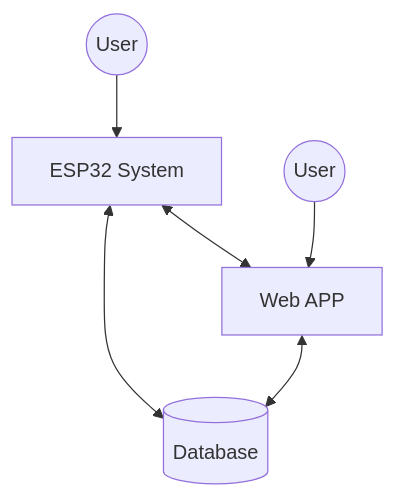
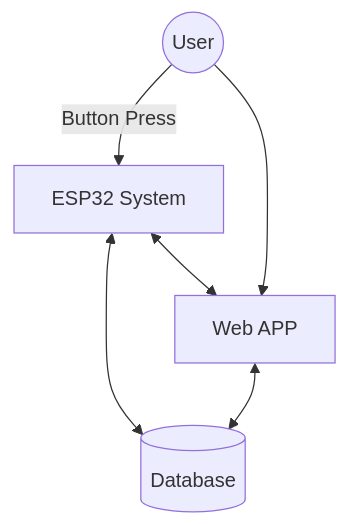
Before and after one commit to BrycesDevices/7855_202610_03: the first of 2 diagrams in README.md, drawn with Mermaid. The commit also changed other lines of this file, not shown here.

Commit message:
Updated Charts

````diff
--- a/README.md
+++ b/README.md
@@ -19,9 +19,10 @@
 ```mermaid 
 graph TD
-    User1((User)) --> ESP[ESP32 System]
-    User2((User)) --> W_APP[Web APP]
+    User1((User)) -- Button Press--> ESP[ESP32 System]
+    User1((User)) --> W_APP[Web APP]
     
-    ESP <--> DB[(Database)]
-    W_APP <--> DB
+    ESP <--> DB[(Database)] 
+    W_APP <-->DB
     ESP <--> W_APP
+
 ```
````
